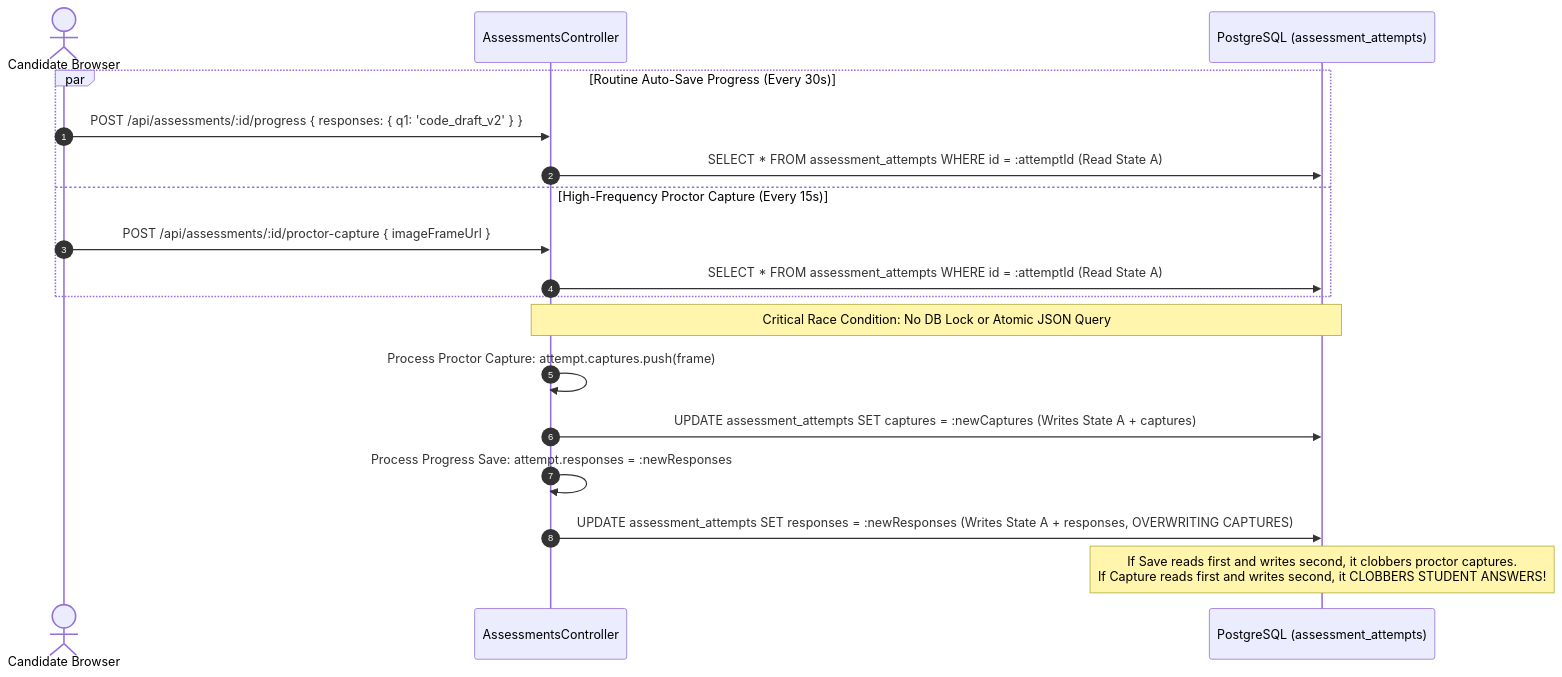
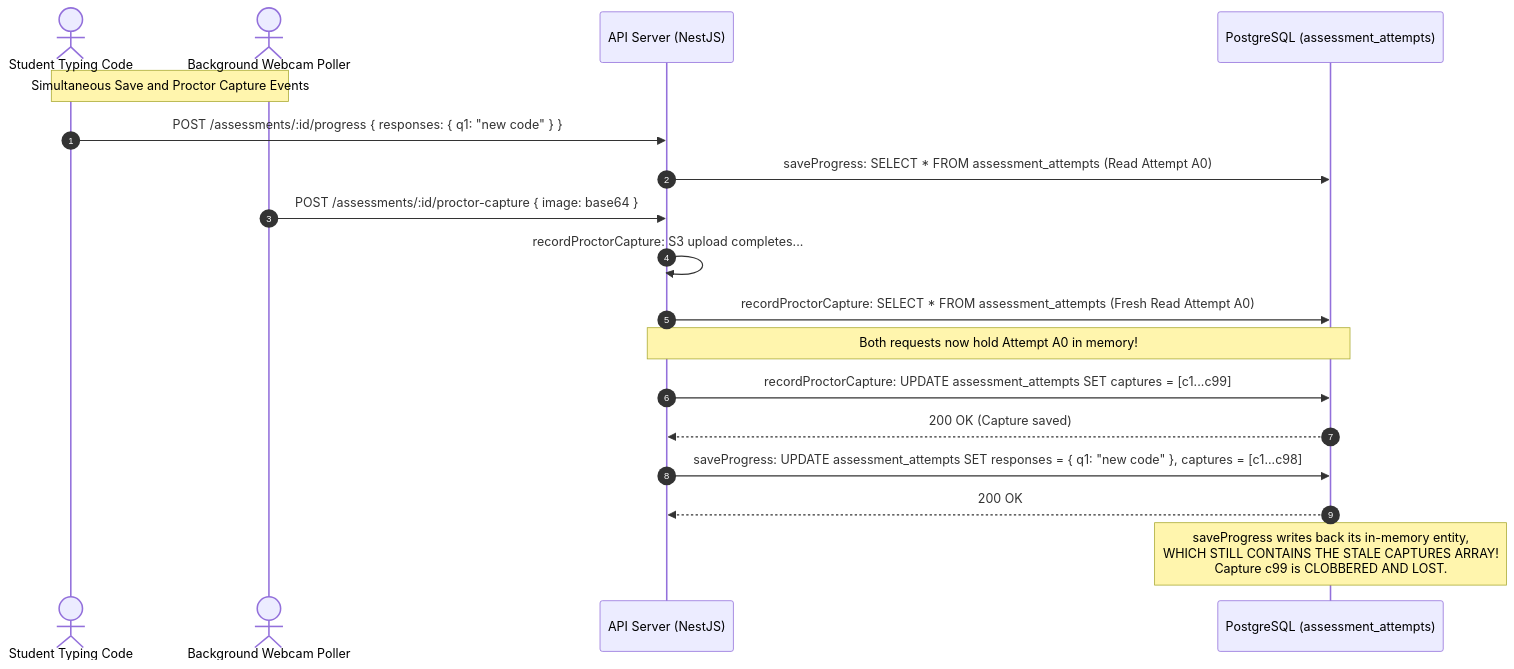
Before and after one commit to Abhinavvlog/codeskill: the third of 3 diagrams in engineering-audit/02_ARCHITECTURE_ANALYSIS.md, drawn with Mermaid. The commit also changed other lines of this file and 13 other files, not shown here.

````diff
--- a/engineering-audit/02_ARCHITECTURE_ANALYSIS.md
+++ b/engineering-audit/02_ARCHITECTURE_ANALYSIS.md
@@ -198,23 +113,24 @@
 ```mermaid
 sequenceDiagram
     autonumber
-    actor Candidate as Candidate Browser
-    participant API as AssessmentsController
+    actor Candidate as Student Typing Code
+    actor Proctor as Background Webcam Poller
+    participant API as API Server (NestJS)
     participant DB as PostgreSQL (assessment_attempts)
 
-    par Routine Auto-Save Progress (Every 30s)
-        Candidate->>API: POST /api/assessments/:id/progress { responses: { q1: 'code_draft_v2' } }
-        API->>DB: SELECT * FROM assessment_attempts WHERE id = :attemptId (Read State A)
-    and High-Frequency Proctor Capture (Every 15s)
-        Candidate->>API: POST /api/assessments/:id/proctor-capture { imageFrameUrl }
-        API->>DB: SELECT * FROM assessment_attempts WHERE id = :attemptId (Read State A)
-    end
+    Note over Candidate, Proctor: Simultaneous Save and Proctor Capture Events
+    Candidate->>API: POST /assessments/:id/progress { responses: { q1: "new code" } }
+    API->>DB: saveProgress: SELECT * FROM assessment_attempts (Read Attempt A0)
 
-    Note over API, DB: Critical Race Condition: No DB Lock or Atomic JSON Query
-    API->>API: Process Proctor Capture: attempt.captures.push(frame)
-    API->>DB: UPDATE assessment_attempts SET captures = :newCaptures (Writes State A + captures)
+    Proctor->>API: POST /assessments/:id/proctor-capture { image: base64 }
+    API->>API: recordProctorCapture: S3 upload completes...
+    API->>DB: recordProctorCapture: SELECT * FROM assessment_attempts (Fresh Read Attempt A0)
+    
+    Note over API, DB: Both requests now hold Attempt A0 in memory!
+    API->>DB: recordProctorCapture: UPDATE assessment_attempts SET captures = [c1...c99]
+    DB-->>API: 200 OK (Capture saved)
 
-    API->>API: Process Progress Save: attempt.responses = :newResponses
-    API->>DB: UPDATE assessment_attempts SET responses = :newResponses (Writes State A + responses, OVERWRITING CAPTURES)
-    Note over DB: If Save reads first and writes second, it clobbers proctor captures.<br/>If Capture reads first and writes second, it CLOBBERS STUDENT ANSWERS!
+    API->>DB: saveProgress: UPDATE assessment_attempts SET responses = { q1: "new code" }, captures = [c1...c98]
+    DB-->>API: 200 OK
+    Note over DB: saveProgress writes back its in-memory entity,<br/>WHICH STILL CONTAINS THE STALE CAPTURES ARRAY!<br/>Capture c99 is CLOBBERED AND LOST.
 ```
````
